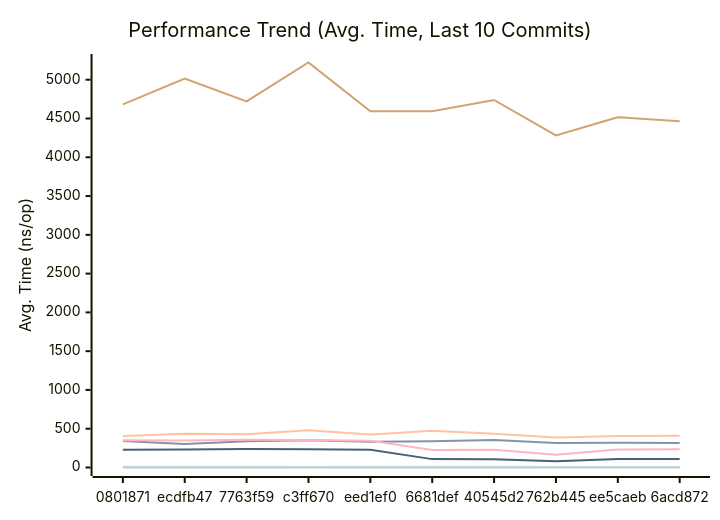
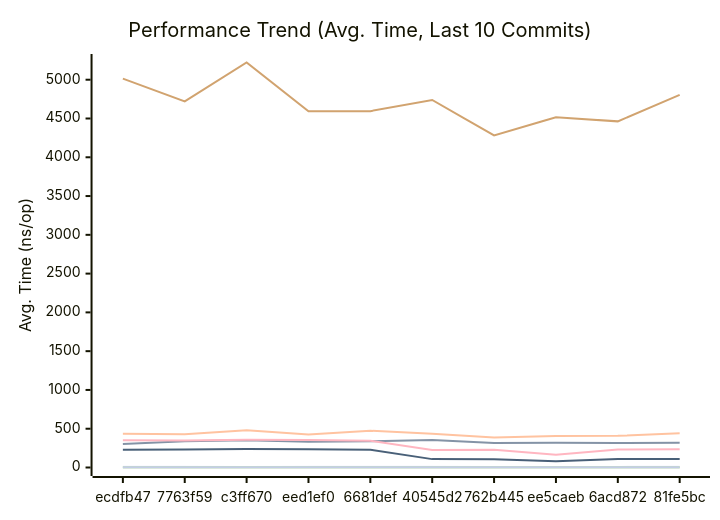
Before and after one commit to alsotoes/momo: the first of 3 diagrams in docs/PERFORMANCE.md, drawn with Mermaid. The commit also changed other lines of this file and 1 other file, not shown here.

````diff
--- a/docs/PERFORMANCE.md
+++ b/docs/PERFORMANCE.md
@@ -80,16 +80,16 @@
 ```mermaid
 xychart-beta
     title "Performance Trend (Avg. Time, Last 10 Commits)"
     x-axis "Commit"
     y-axis "Avg. Time (ns/op)"
-    x-axis [0801871,ecdfb47,7763f59,c3ff670,eed1ef0,6681def,40545d2,762b445,ee5caeb,6acd872]
-    line "CheckMetricsAndSwap" [11,9,9,8,9,10,9,7,8,8]
-    line "CrushOptimized" [342,303,340,351,332,337,356,316,320,315]
-    line "CrushOriginal" [405,434,429,480,425,474,434,388,406,408]
-    line "IndexDirectTracking" [1,0,0,0,0,0,0,0,0,0]
+    x-axis [ecdfb47,7763f59,c3ff670,eed1ef0,6681def,40545d2,762b445,ee5caeb,6acd872,81fe5bc]
+    line "CheckMetricsAndSwap" [9,9,8,9,10,9,7,8,8,9]
+    line "CrushOptimized" [303,340,351,332,337,356,316,320,315,318]
+    line "CrushOriginal" [434,429,480,425,474,434,388,406,408,443]
+    line "IndexDirectTracking" [0,0,0,0,0,0,0,0,0,0]
     line "IndexSearch" [2,2,2,2,2,2,2,2,2,2]
-    line "LoadGlobalConfig" [4683,5014,4721,5222,4592,4595,4739,4281,4517,4463]
+    line "LoadGlobalConfig" [5014,4721,5222,4592,4595,4739,4281,4517,4463,4804]
     line "PadString" [2,2,2,2,2,2,2,2,2,2]
     line "ParseReplicationOrder_NoPrealloc" [350,349,357,354,345,225,229,165,232,234]
     line "ParseReplicationOrder_Prealloc" [229,231,237,234,229,108,107,80,110,109]
 ```
````
